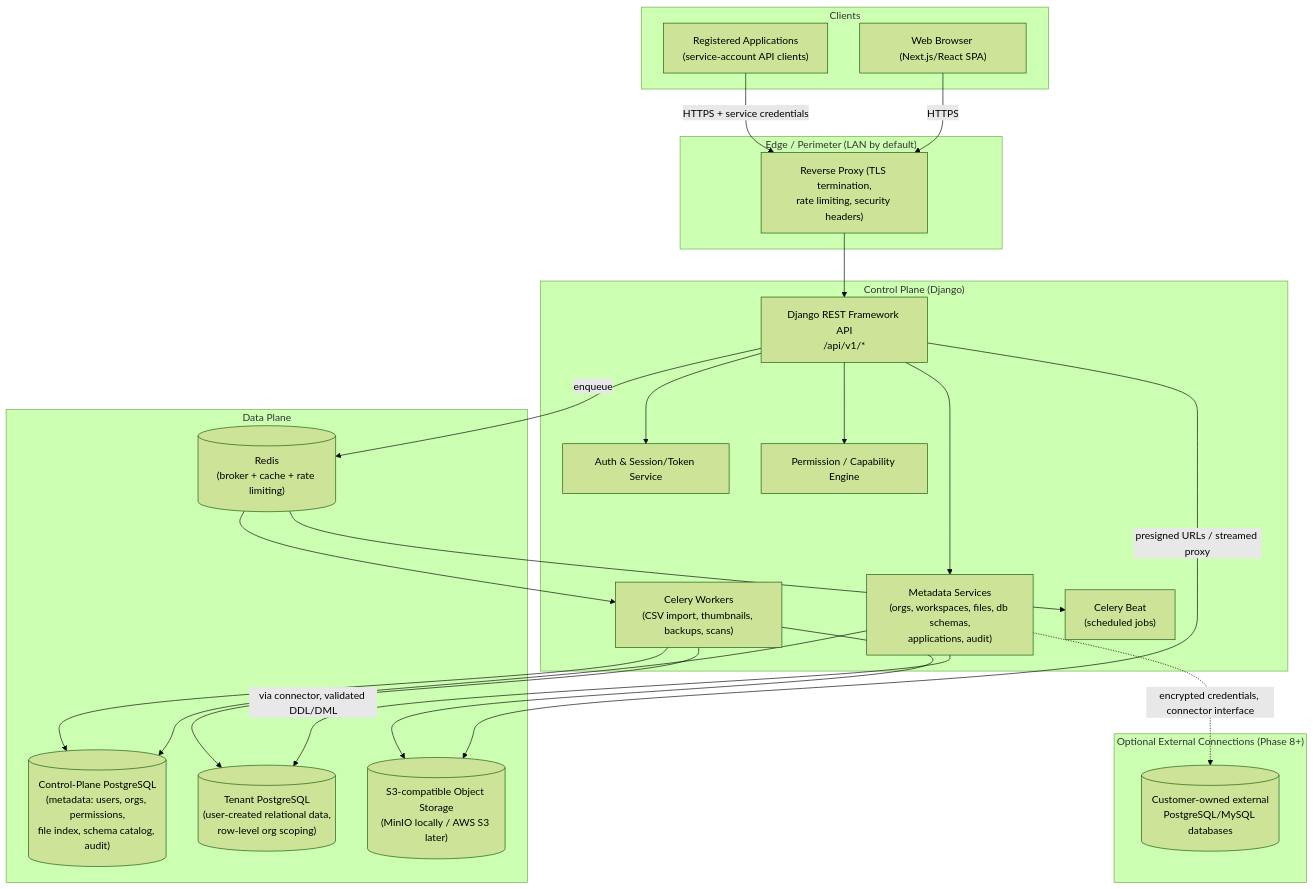
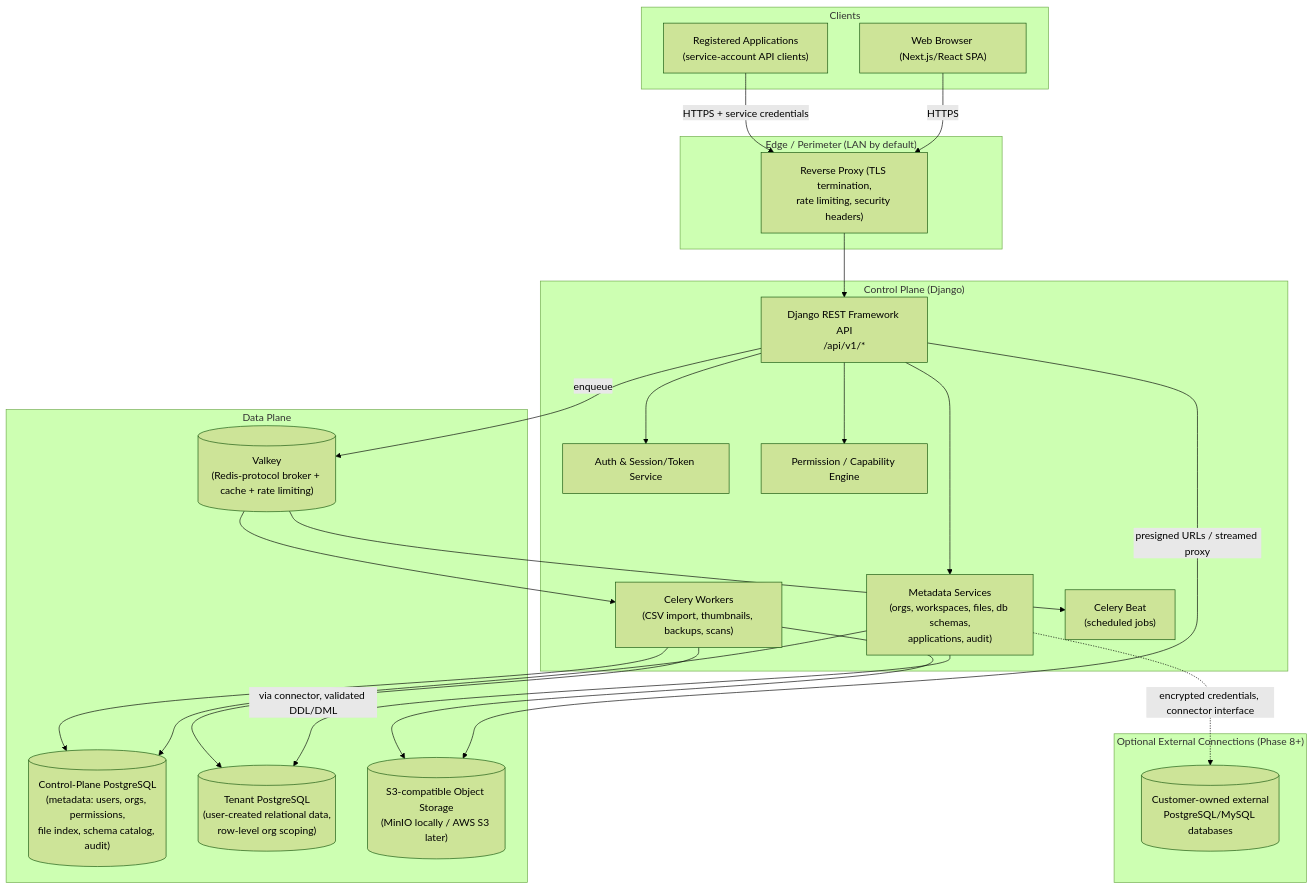
The first of 4 diagrams in docs/architecture/ARCHITECTURE.md (lamek-star/intra-cloude), drawn with Mermaid (forest theme) before and after one commit. The commit also changed other lines of this file and 97 other files, not shown here.

````diff
--- a/docs/architecture/ARCHITECTURE.md
+++ b/docs/architecture/ARCHITECTURE.md
@@ -45,48 +45,48 @@
 ```mermaid
 flowchart TB
     subgraph Client["Clients"]
         Browser["Web Browser (Next.js/React SPA)"]
         AppClient["Registered Applications\n(service-account API clients)"]
     end
 
     subgraph Edge["Edge / Perimeter (LAN by default)"]
         Proxy["Reverse Proxy (TLS termination,\nrate limiting, security headers)"]
     end
 
     subgraph ControlPlane["Control Plane (Django)"]
         API["Django REST Framework API\n/api/v1/*"]
         Auth["Auth & Session/Token Service"]
         Perm["Permission / Capability Engine"]
         Meta["Metadata Services\n(orgs, workspaces, files, db schemas,\napplications, audit)"]
         Worker["Celery Workers\n(CSV import, thumbnails, backups, scans)"]
         Beat["Celery Beat\n(scheduled jobs)"]
     end
 
     subgraph DataPlane["Data Plane"]
         PG_Control[("Control-Plane PostgreSQL\n(metadata: users, orgs, permissions,\nfile index, schema catalog, audit)")]
         PG_Tenant[("Tenant PostgreSQL\n(user-created relational data,\nrow-level org scoping)")]
-        Redis[("Redis\n(broker + cache + rate limiting)")]
+        Redis[("Valkey\n(Redis-protocol broker + cache + rate limiting)")]
         Object[("S3-compatible Object Storage\n(MinIO locally / AWS S3 later)")]
     end
 
     subgraph External["Optional External Connections (Phase 8+)"]
         ExtDB[("Customer-owned external\nPostgreSQL/MySQL databases")]
     end
 
     Browser -->|HTTPS| Proxy
     AppClient -->|HTTPS + service credentials| Proxy
     Proxy --> API
     API --> Auth
     API --> Perm
     API --> Meta
     Meta --> PG_Control
     Meta -->|via connector, validated DDL/DML| PG_Tenant
     API -->|presigned URLs / streamed proxy| Object
     API -->|enqueue| Redis
     Redis --> Worker
     Redis --> Beat
     Worker --> PG_Control
     Worker --> PG_Tenant
     Worker --> Object
     Meta -.->|encrypted credentials, connector interface| ExtDB
 ```
````
